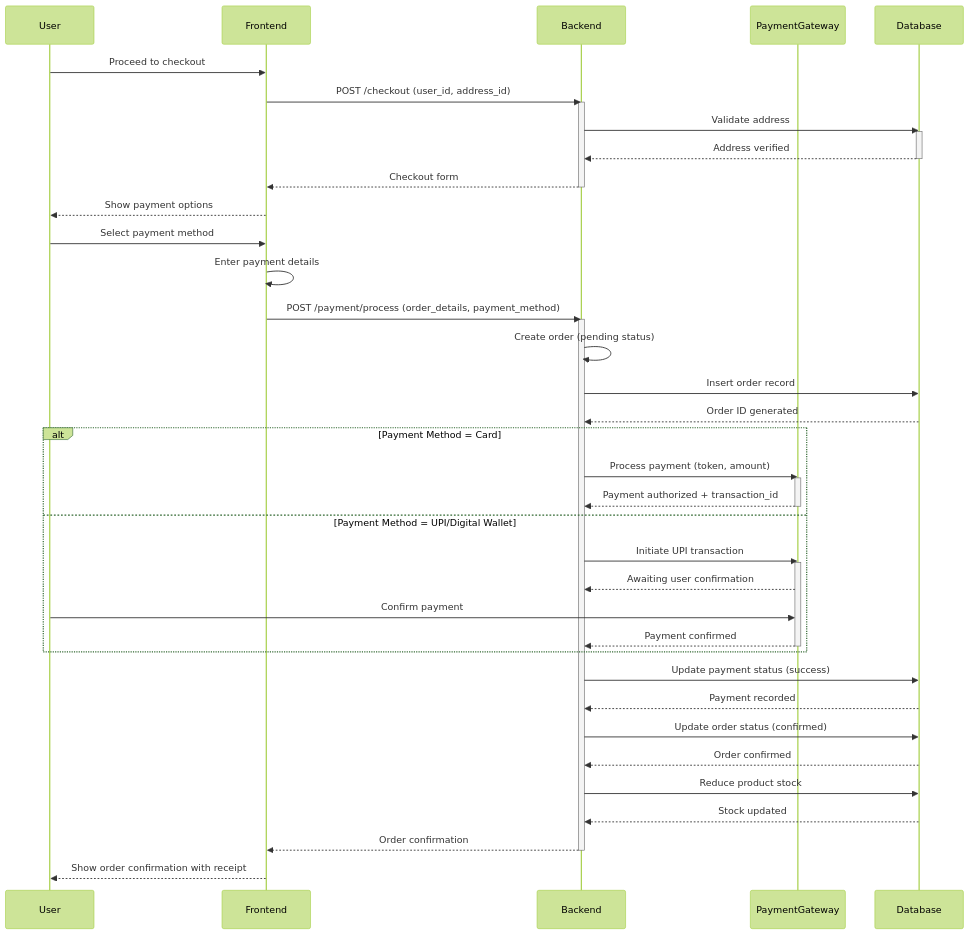
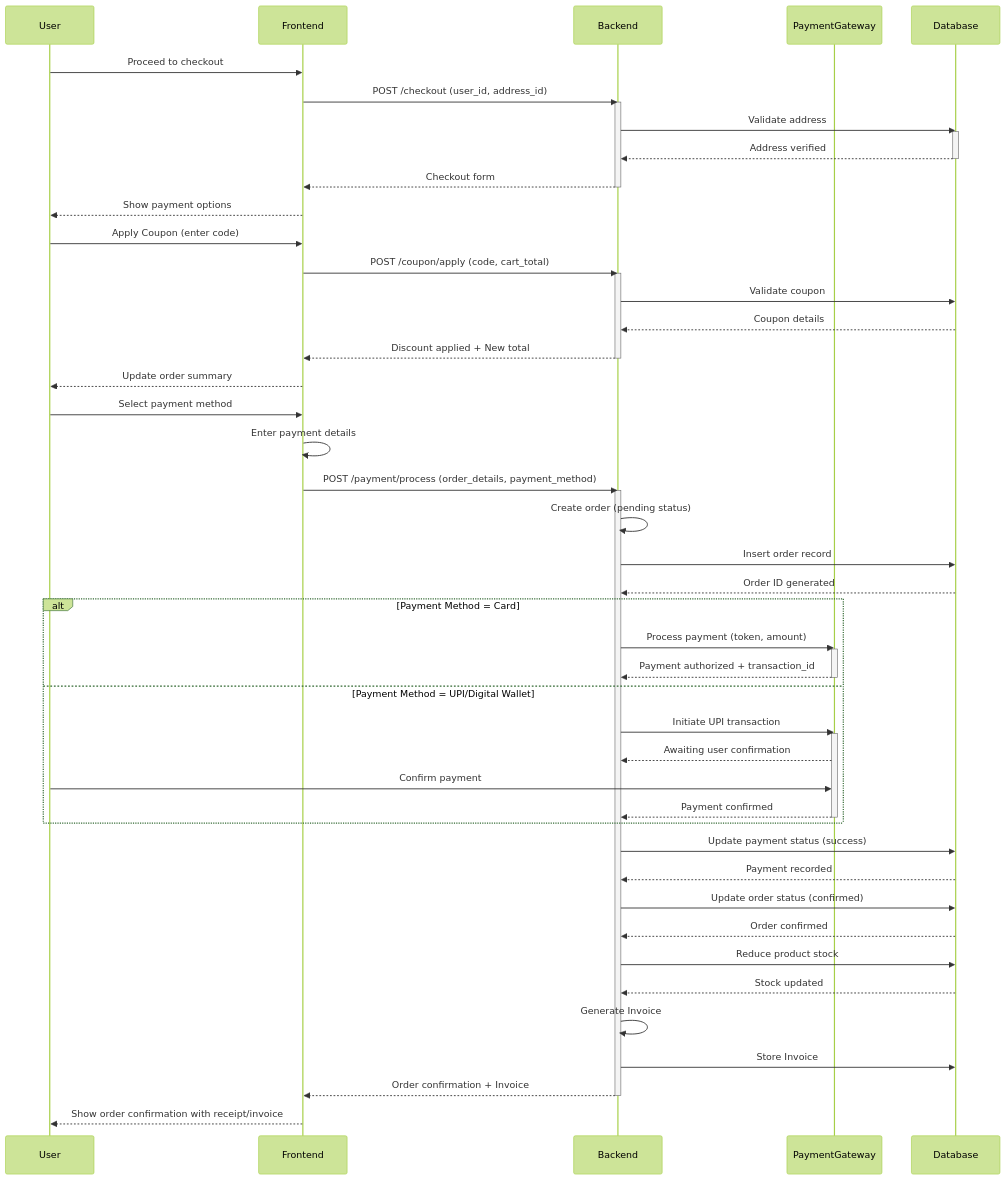
The fourth of 9 diagrams in sequenceDiagram.md (sanjana2505006/Coco), drawn with Mermaid (forest theme) before and after one commit. The commit also changed other lines of this file and 3 other files, not shown here.

````diff
--- a/sequenceDiagram.md
+++ b/sequenceDiagram.md
@@ -127,51 +130,62 @@
 ```mermaid
 sequenceDiagram
     participant User
     participant Frontend
     participant Backend
     participant PaymentGateway
     participant Database
 
     User->>Frontend: Proceed to checkout
     Frontend->>Backend: POST /checkout (user_id, address_id)
     activate Backend
     Backend->>Database: Validate address
     activate Database
     Database-->>Backend: Address verified
     deactivate Database
     Backend-->>Frontend: Checkout form
     deactivate Backend
     Frontend-->>User: Show payment options
+
+    User->>Frontend: Apply Coupon (enter code)
+    Frontend->>Backend: POST /coupon/apply (code, cart_total)
+    activate Backend
+    Backend->>Database: Validate coupon
+    Database-->>Backend: Coupon details
+    Backend-->>Frontend: Discount applied + New total
+    deactivate Backend
+    Frontend-->>User: Update order summary
 
     User->>Frontend: Select payment method
     Frontend->>Frontend: Enter payment details
     Frontend->>Backend: POST /payment/process (order_details, payment_method)
     activate Backend
     Backend->>Backend: Create order (pending status)
     Backend->>Database: Insert order record
     Database-->>Backend: Order ID generated
     
     alt Payment Method = Card
         Backend->>PaymentGateway: Process payment (token, amount)
         activate PaymentGateway
         PaymentGateway-->>Backend: Payment authorized + transaction_id
         deactivate PaymentGateway
     else Payment Method = UPI/Digital Wallet
         Backend->>PaymentGateway: Initiate UPI transaction
         activate PaymentGateway
         PaymentGateway-->>Backend: Awaiting user confirmation
         User->>PaymentGateway: Confirm payment
         PaymentGateway-->>Backend: Payment confirmed
         deactivate PaymentGateway
     end
     
     Backend->>Database: Update payment status (success)
     Database-->>Backend: Payment recorded
     Backend->>Database: Update order status (confirmed)
     Database-->>Backend: Order confirmed
     Backend->>Database: Reduce product stock
     Database-->>Backend: Stock updated
-    Backend-->>Frontend: Order confirmation
+    Backend->>Backend: Generate Invoice
+    Backend->>Database: Store Invoice
+    Backend-->>Frontend: Order confirmation + Invoice
     deactivate Backend
-    Frontend-->>User: Show order confirmation with receipt
+    Frontend-->>User: Show order confirmation with receipt/invoice
 ```
````
